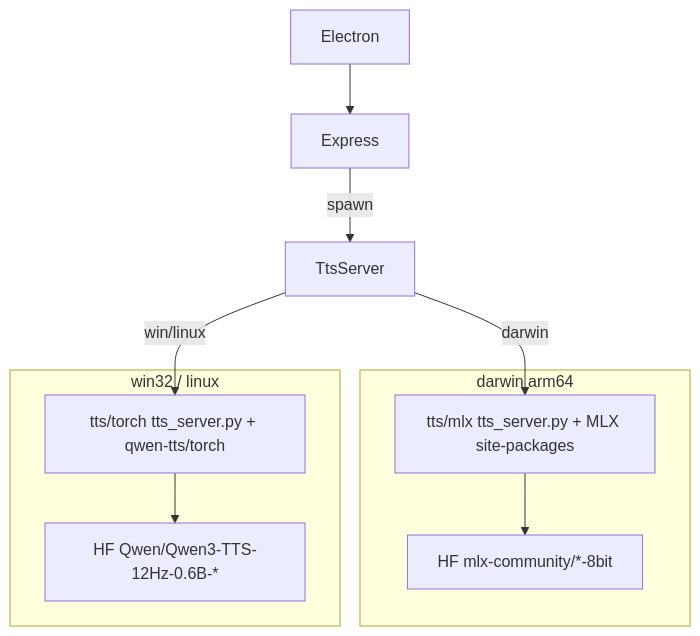
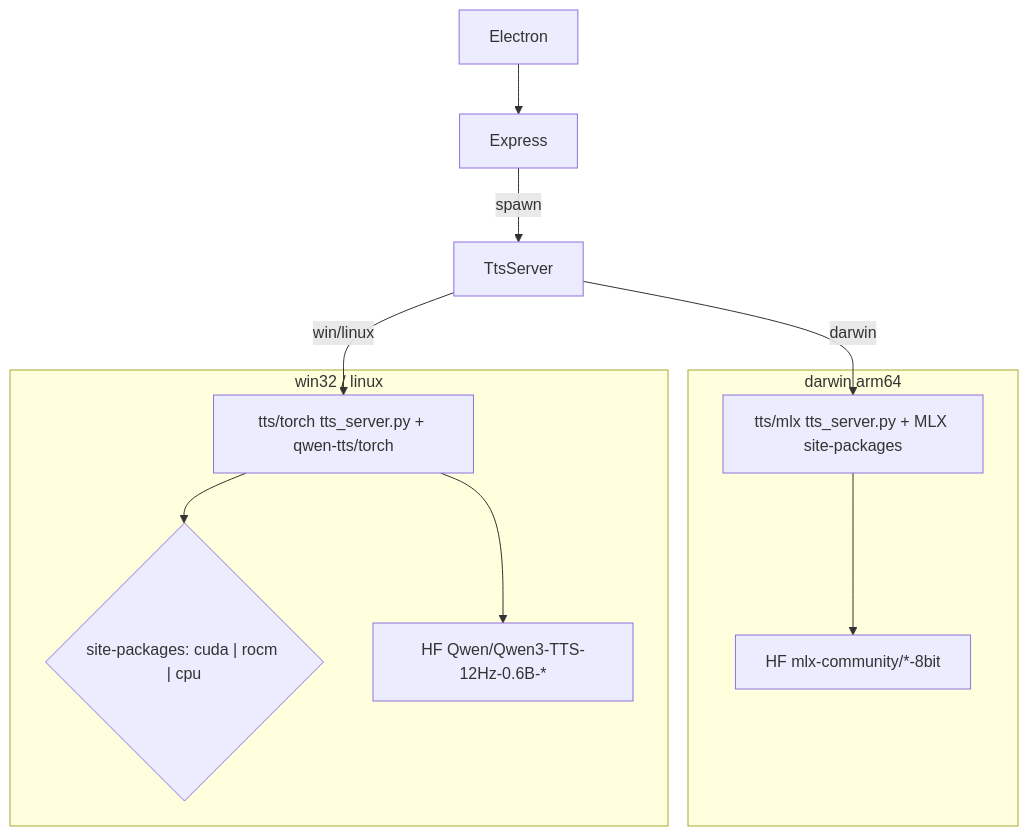
The diagram in docs/plans/cross-platform-tts-backends.md (belizariogr/AuraReader), drawn with Mermaid before and after one commit. The commit also changed other lines of this file, not shown here.

````diff
--- a/docs/plans/cross-platform-tts-backends.md
+++ b/docs/plans/cross-platform-tts-backends.md
@@ -35,17 +39,19 @@
 ```mermaid
 flowchart TB
   Electron --> Express
   Express -->|spawn| TtsServer
   subgraph mac [darwin arm64]
     TtsMlx["tts/mlx tts_server.py + MLX site-packages"]
     ModelsMlx["HF mlx-community/*-8bit"]
   end
   subgraph winlinux [win32 / linux]
     TtsTorch["tts/torch tts_server.py + qwen-tts/torch"]
+    Accel{"site-packages: cuda | rocm | cpu"}
     ModelsTorch["HF Qwen/Qwen3-TTS-12Hz-0.6B-*"]
   end
   TtsServer -->|darwin| TtsMlx
   TtsServer -->|win/linux| TtsTorch
+  TtsTorch --> Accel
   TtsMlx --> ModelsMlx
   TtsTorch --> ModelsTorch
 ```
````
